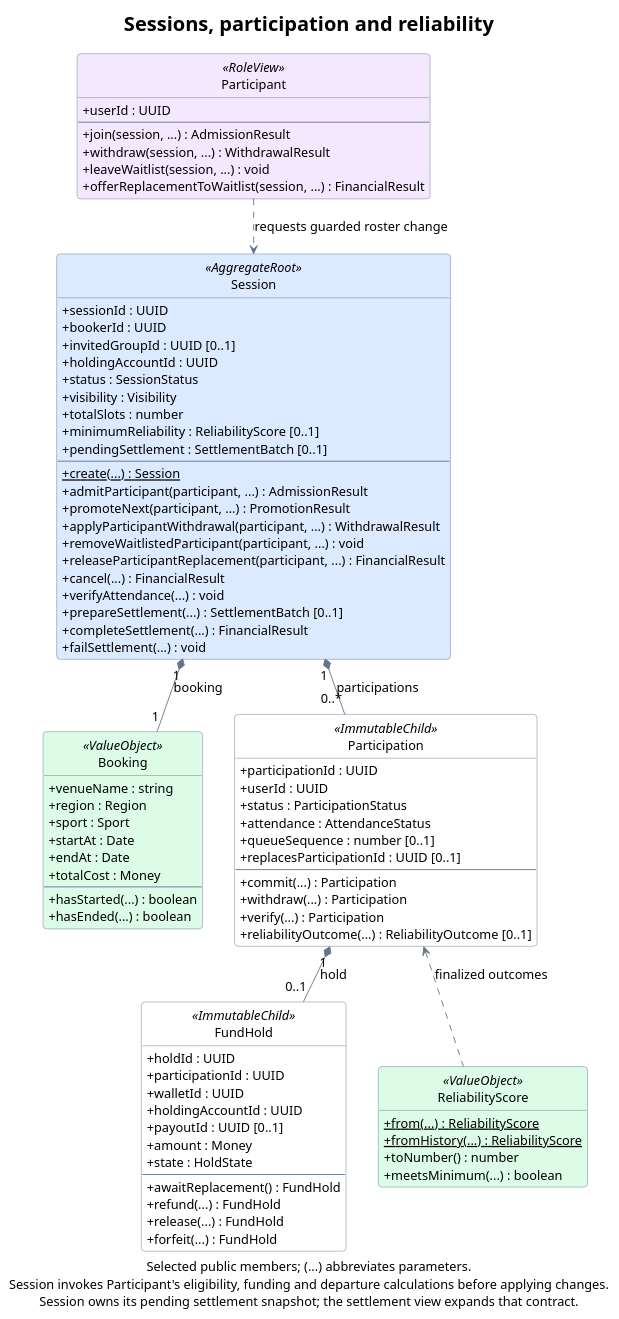
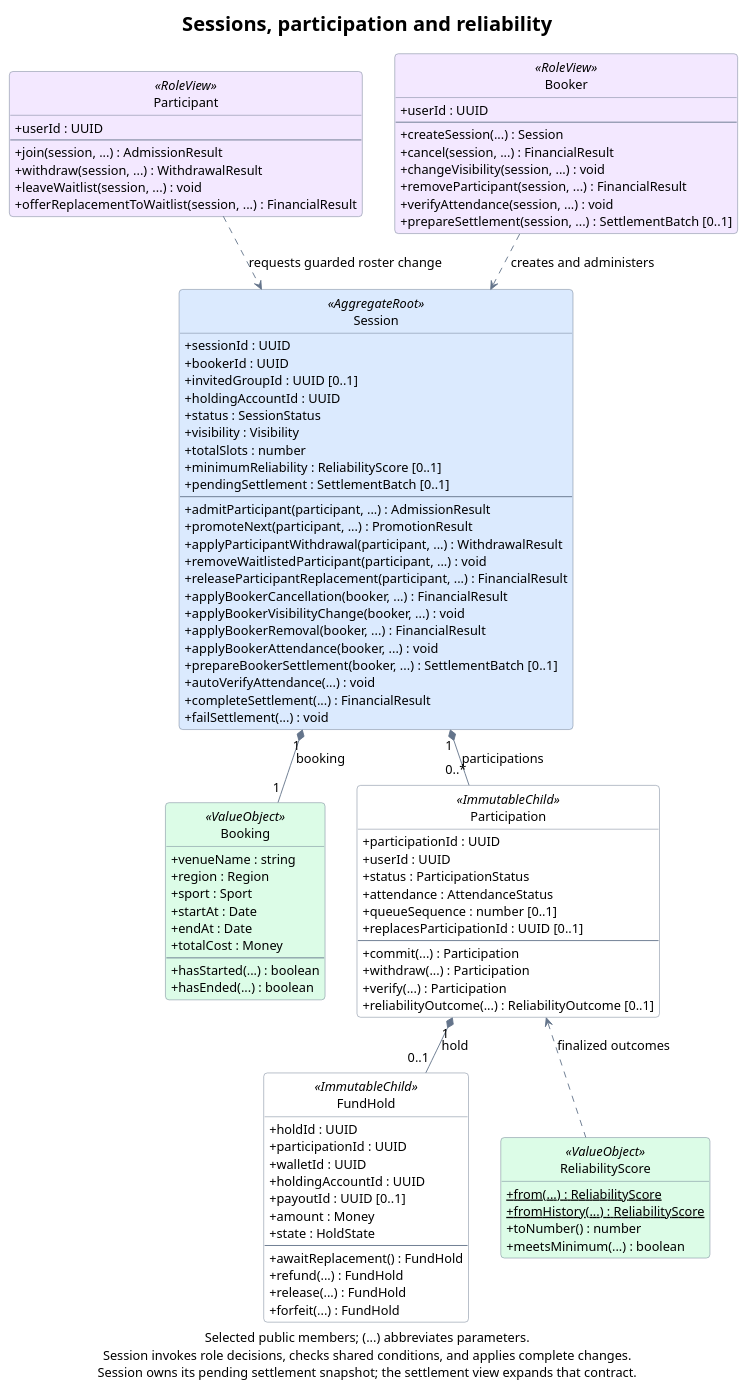
One commit to rbrishi15/booking-web-manager changed the diagram in docs/diagrams/domain-sessions.puml. Above: the diagram before and after it, drawn with PlantUML. The commit also changed 33 other files, not shown here.

Commit message:
refactor(domain): move UC2-02 and session administration into Booker

```diff
--- a/docs/diagrams/domain-sessions.puml
+++ b/docs/diagrams/domain-sessions.puml
@@ -1,114 +1,128 @@
 @startuml domain-sessions
 title Sessions, participation and reliability
 
 top to bottom direction
 hide empty members
 hide circle
 skinparam backgroundColor #FFFFFF
 skinparam shadowing false
 skinparam roundcorner 8
 skinparam defaultFontName SansSerif
 skinparam defaultFontSize 14
 skinparam titleFontSize 22
 skinparam ArrowColor #64748B
 skinparam classBorderColor #64748B
 skinparam classBackgroundColor #FFFFFF
 skinparam classBackgroundColor<<AggregateRoot>> #DBEAFE
 skinparam classBackgroundColor<<ValueObject>> #DCFCE7
 skinparam classBackgroundColor<<RoleView>> #F3E8FF
 skinparam classAttributeIconSize 0
 skinparam linetype polyline
 skinparam nodesep 35
 skinparam ranksep 40
 
 class Session <<AggregateRoot>> {
   +sessionId : UUID
   +bookerId : UUID
   +invitedGroupId : UUID [0..1]
   +holdingAccountId : UUID
   +status : SessionStatus
   +visibility : Visibility
   +totalSlots : number
   +minimumReliability : ReliabilityScore [0..1]
   +pendingSettlement : SettlementBatch [0..1]
   --
-  {static} +create(...) : Session
   +admitParticipant(participant, ...) : AdmissionResult
   +promoteNext(participant, ...) : PromotionResult
   +applyParticipantWithdrawal(participant, ...) : WithdrawalResult
   +removeWaitlistedParticipant(participant, ...) : void
   +releaseParticipantReplacement(participant, ...) : FinancialResult
-  +cancel(...) : FinancialResult
-  +verifyAttendance(...) : void
-  +prepareSettlement(...) : SettlementBatch [0..1]
+  +applyBookerCancellation(booker, ...) : FinancialResult
+  +applyBookerVisibilityChange(booker, ...) : void
+  +applyBookerRemoval(booker, ...) : FinancialResult
+  +applyBookerAttendance(booker, ...) : void
+  +prepareBookerSettlement(booker, ...) : SettlementBatch [0..1]
+  +autoVerifyAttendance(...) : void
   +completeSettlement(...) : FinancialResult
   +failSettlement(...) : void
 }
 
 class Participant <<RoleView>> {
   +userId : UUID
   --
   +join(session, ...) : AdmissionResult
   +withdraw(session, ...) : WithdrawalResult
   +leaveWaitlist(session, ...) : void
   +offerReplacementToWaitlist(session, ...) : FinancialResult
+}
+
+class Booker <<RoleView>> {
+  +userId : UUID
+  --
+  +createSession(...) : Session
+  +cancel(session, ...) : FinancialResult
+  +changeVisibility(session, ...) : void
+  +removeParticipant(session, ...) : FinancialResult
+  +verifyAttendance(session, ...) : void
+  +prepareSettlement(session, ...) : SettlementBatch [0..1]
 }
 
 class Booking <<ValueObject>> {
   +venueName : string
   +region : Region
   +sport : Sport
   +startAt : Date
   +endAt : Date
   +totalCost : Money
   --
   +hasStarted(...) : boolean
   +hasEnded(...) : boolean
 }
 
 class Participation <<ImmutableChild>> {
   +participationId : UUID
   +userId : UUID
   +status : ParticipationStatus
   +attendance : AttendanceStatus
   +queueSequence : number [0..1]
   +replacesParticipationId : UUID [0..1]
   --
   +commit(...) : Participation
   +withdraw(...) : Participation
   +verify(...) : Participation
   +reliabilityOutcome(...) : ReliabilityOutcome [0..1]
 }
 
 class FundHold <<ImmutableChild>> {
   +holdId : UUID
   +participationId : UUID
   +walletId : UUID
   +holdingAccountId : UUID
   +payoutId : UUID [0..1]
   +amount : Money
   +state : HoldState
   --
   +awaitReplacement() : FundHold
   +refund(...) : FundHold
   +release(...) : FundHold
   +forfeit(...) : FundHold
 }
 
 class ReliabilityScore <<ValueObject>> {
   {static} +from(...) : ReliabilityScore
   {static} +fromHistory(...) : ReliabilityScore
   +toNumber() : number
   +meetsMinimum(...) : boolean
 }
 
 Session "1" *-down- "1" Booking : booking
 Participant .down.> Session : requests guarded roster change
+Booker .down.> Session : creates and administers
 Session "1" *-down- "0..*" Participation : participations
 Participation "1" *-down- "0..1" FundHold : hold
 ReliabilityScore .up.> Participation : finalized outcomes
 Booking -[hidden]right- Participation
 FundHold -[hidden]right- ReliabilityScore
 
-caption Selected public members; (...) abbreviates parameters.\nSession invokes Participant's eligibility, funding and departure calculations before applying changes.\nSession owns its pending settlement snapshot; the settlement view expands that contract.
+caption Selected public members; (...) abbreviates parameters.\nSession invokes role decisions, checks shared conditions, and applies complete changes.\nSession owns its pending settlement snapshot; the settlement view expands that contract.
 @enduml
```
